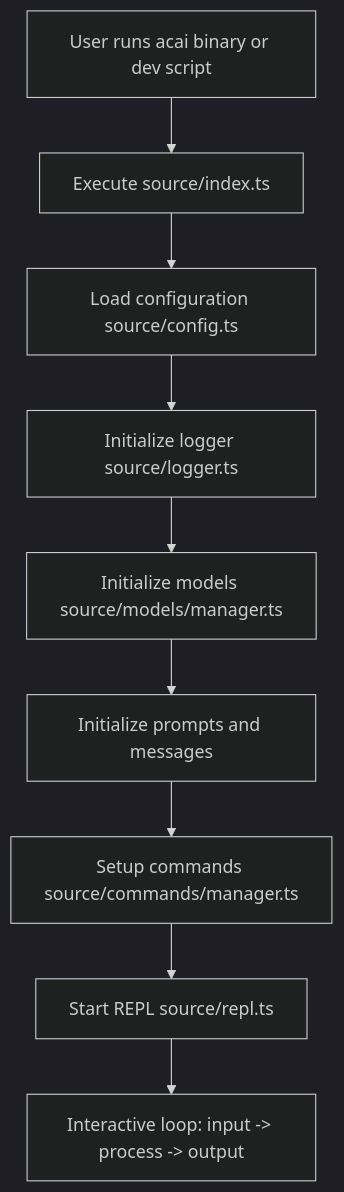
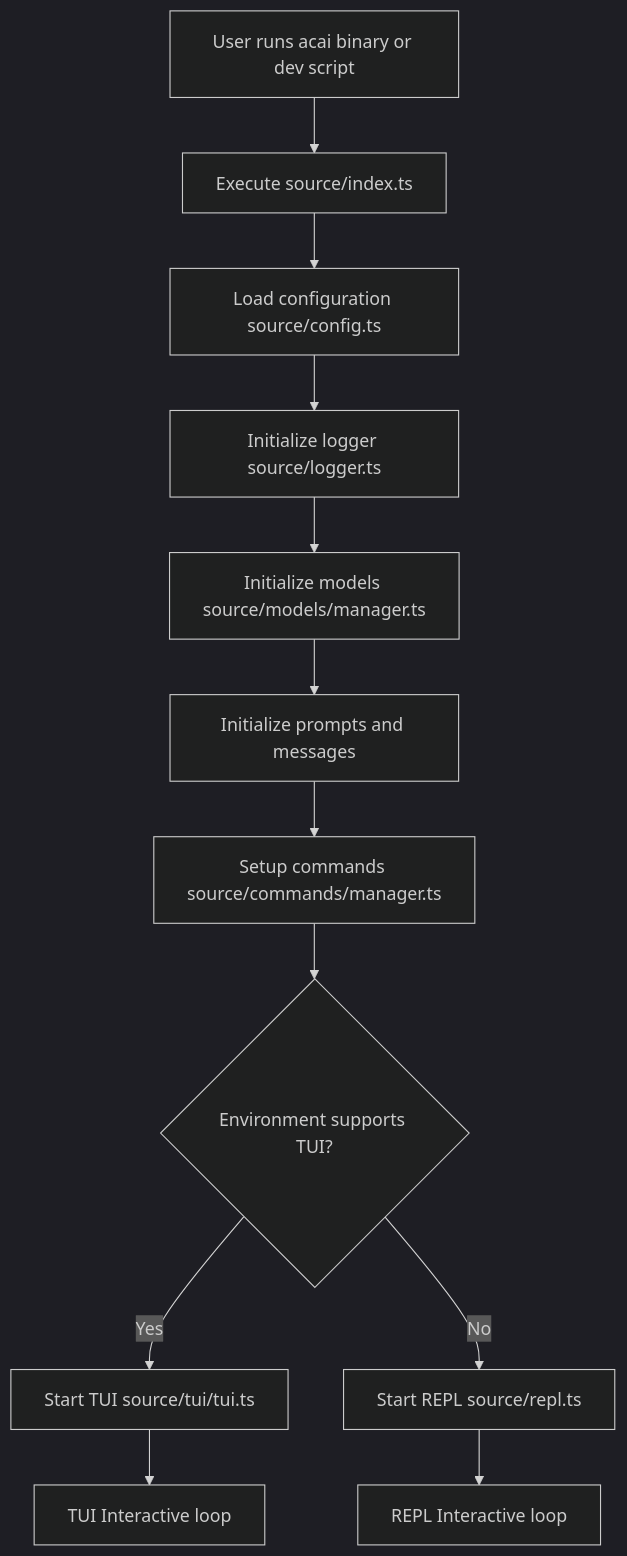
One commit to travisennis/acai-ts changed the first of 5 diagrams in ARCHITECTURE.md. Above: the diagram before and after it, drawn with Mermaid (dark theme). The commit also changed other lines of this file and 2 other files, not shown here.

````diff
--- a/ARCHITECTURE.md
+++ b/ARCHITECTURE.md
@@ -379,11 +470,14 @@
 ```mermaid
 graph TD
   A[User runs acai binary or dev script] --> B[Execute source/index.ts]
   B --> C[Load configuration source/config.ts]
   C --> D[Initialize logger source/logger.ts]
   D --> E[Initialize models source/models/manager.ts]
   E --> F[Initialize prompts and messages]
   F --> G[Setup commands source/commands/manager.ts]
-  G --> H[Start REPL source/repl.ts]
-  H --> I[Interactive loop: input -> process -> output]
+  G --> H{Environment supports TUI?}
+  H -->|Yes| I[Start TUI source/tui/tui.ts]
+  H -->|No| J[Start REPL source/repl.ts]
+  I --> K[TUI Interactive loop]
+  J --> L[REPL Interactive loop]
 ```
````
